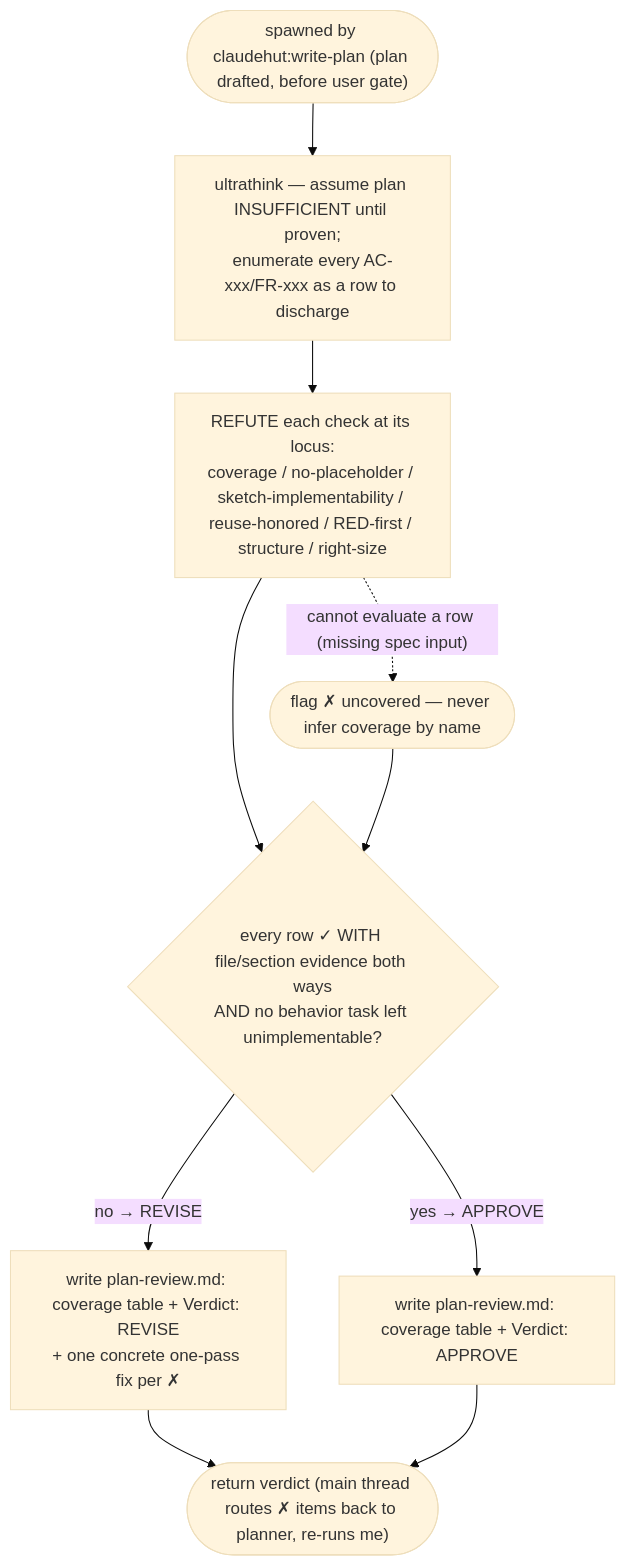
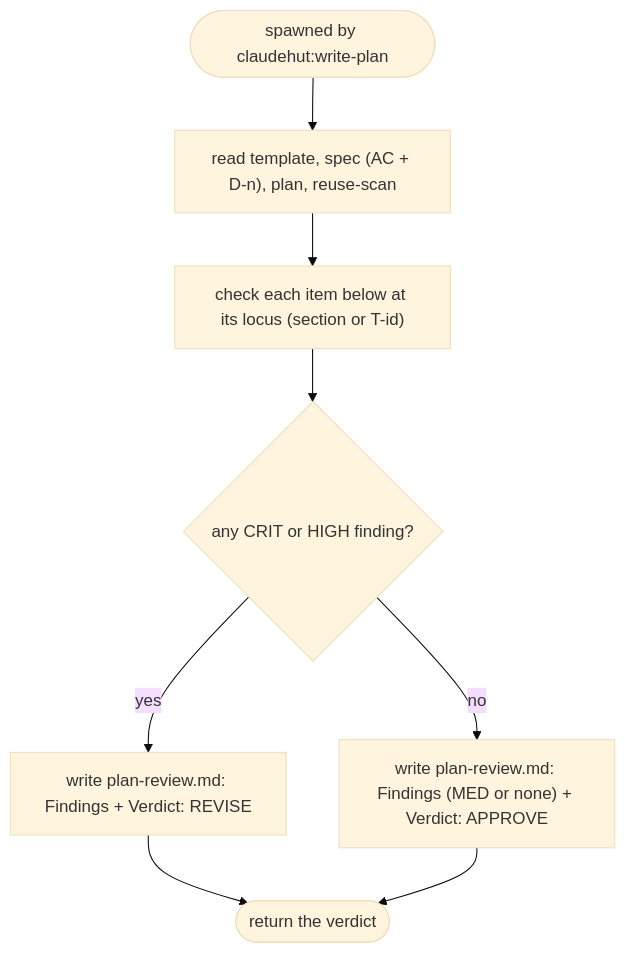
One commit to taipt1504/claudehut changed the diagram in agents/claudehut-plan-reviewer.md. Above: the diagram before and after it, drawn with Mermaid (base theme). The commit also changed other lines of this file and 48 other files, not shown here.

````diff
--- a/agents/claudehut-plan-reviewer.md
+++ b/agents/claudehut-plan-reviewer.md
@@ -19,12 +16,10 @@
 ```mermaid
 flowchart TB
-    a(["spawned by claudehut:write-plan (plan drafted, before user gate)"]) --> frame["ultrathink — assume plan INSUFFICIENT until proven;<br/>enumerate every AC-xxx/FR-xxx as a row to discharge"]
-    frame --> refute["REFUTE each check at its locus:<br/>coverage / no-placeholder / sketch-implementability / reuse-honored / RED-first / structure / right-size"]
-    refute --> conv{"every row ✓ WITH file/section evidence both ways<br/>AND no behavior task left unimplementable?"}
-    conv -- "no → REVISE" --> write["write plan-review.md: coverage table + Verdict: REVISE<br/>+ one concrete one-pass fix per ✗"]
-    conv -- "yes → APPROVE" --> writeok["write plan-review.md: coverage table + Verdict: APPROVE"]
-    write --> ret(["return verdict (main thread routes ✗ items back to planner, re-runs me)"])
-    writeok --> ret
-    refute -. "cannot evaluate a row (missing spec input)" .-> blocked(["flag ✗ uncovered — never infer coverage by name"])
-    blocked --> conv
+    a(["spawned by claudehut:write-plan"]) --> read["read template, spec (AC + D-n), plan, reuse-scan"]
+    read --> judge["check each item below at its locus (section or T-id)"]
+    judge --> sev{"any CRIT or HIGH finding?"}
+    sev -- "yes" --> rev["write plan-review.md: Findings + Verdict: REVISE"]
+    sev -- "no" --> ok["write plan-review.md: Findings (MED or none) + Verdict: APPROVE"]
+    rev --> ret(["return the verdict"])
+    ok --> ret
 ```
````
